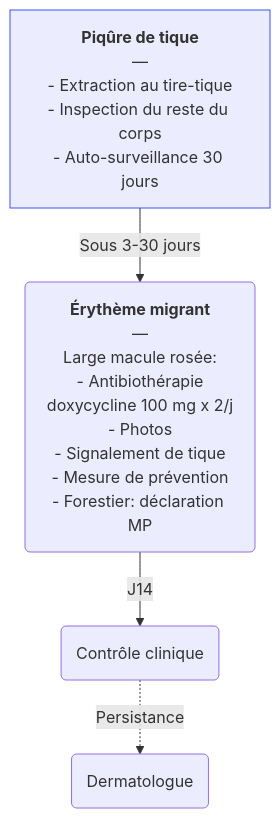
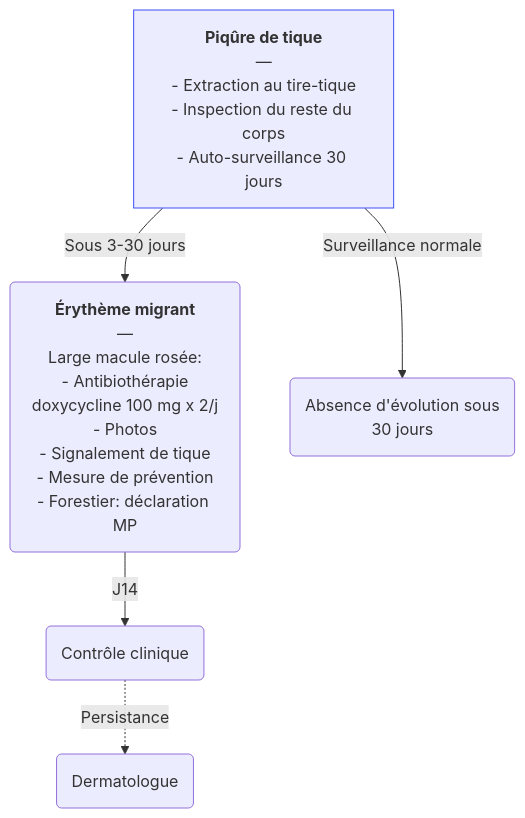
Before and after one commit to djibe/recommandations-medicales: the diagram in content/recommandations/maladie-lyme.md, drawn with Mermaid. The commit also changed other lines of this file and 27 other files, not shown here.

```diff
--- a/content/recommandations/maladie-lyme.md
+++ b/content/recommandations/maladie-lyme.md
@@ -303,5 +304,6 @@
 {{< mermaid title="Prise en charge de l'érythème migrant par le médecin généraliste. Dr JB Fron d'après HAS et SFR" >}}
 graph TB
   suspicion["<b>Piqûre de tique</b><br>—<br>- Extraction au tire-tique<br>- Inspection du reste du corps<br>- Auto-surveillance 30 jours"] -- "Sous 3-30 jours" --> érythème("<b>Érythème migrant</b><br>—<br>Large macule rosée:<br>- Antibiothérapie<br>doxycycline 100 mg x 2/j<br>- Photos<br>- Signalement de tique<br>- Mesure de prévention<br>- Forestier: déclaration MP") -- J14 --> contrôle(Contrôle clinique) -. Persistance .-> dermatologue(Dermatologue)
+    suspicion -- Surveillance normale --> rien("Absence d'évolution sous<br>30 jours")
   style suspicion stroke:#4150f5, stroke-width:1px
 {{< /mermaid >}}
```
